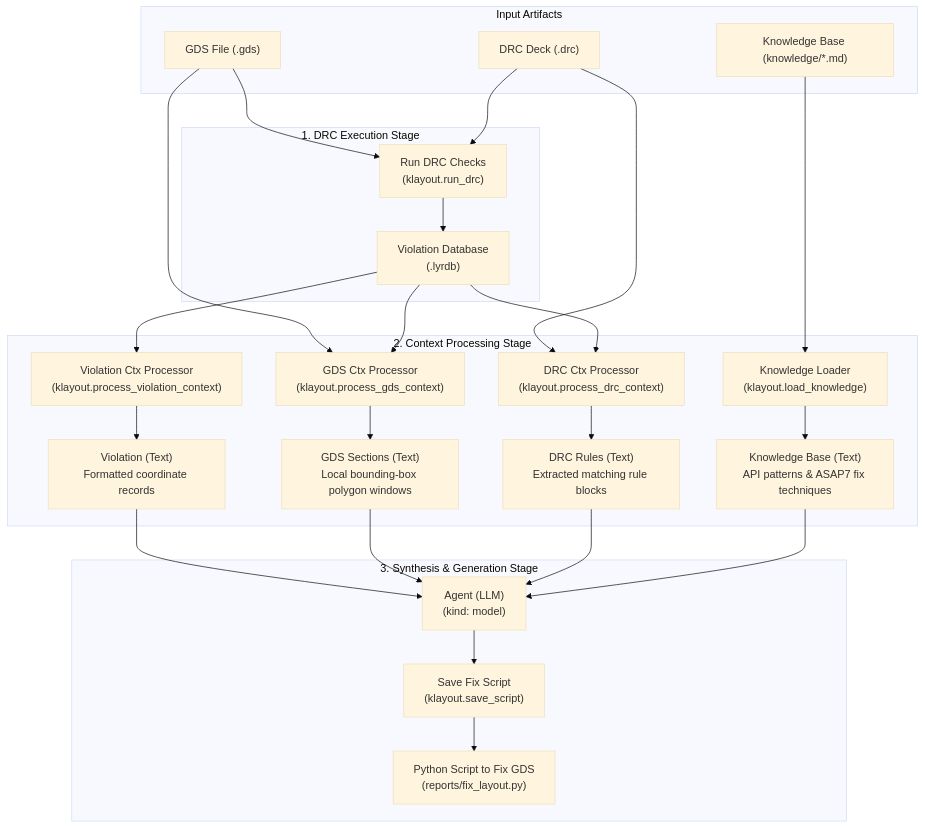
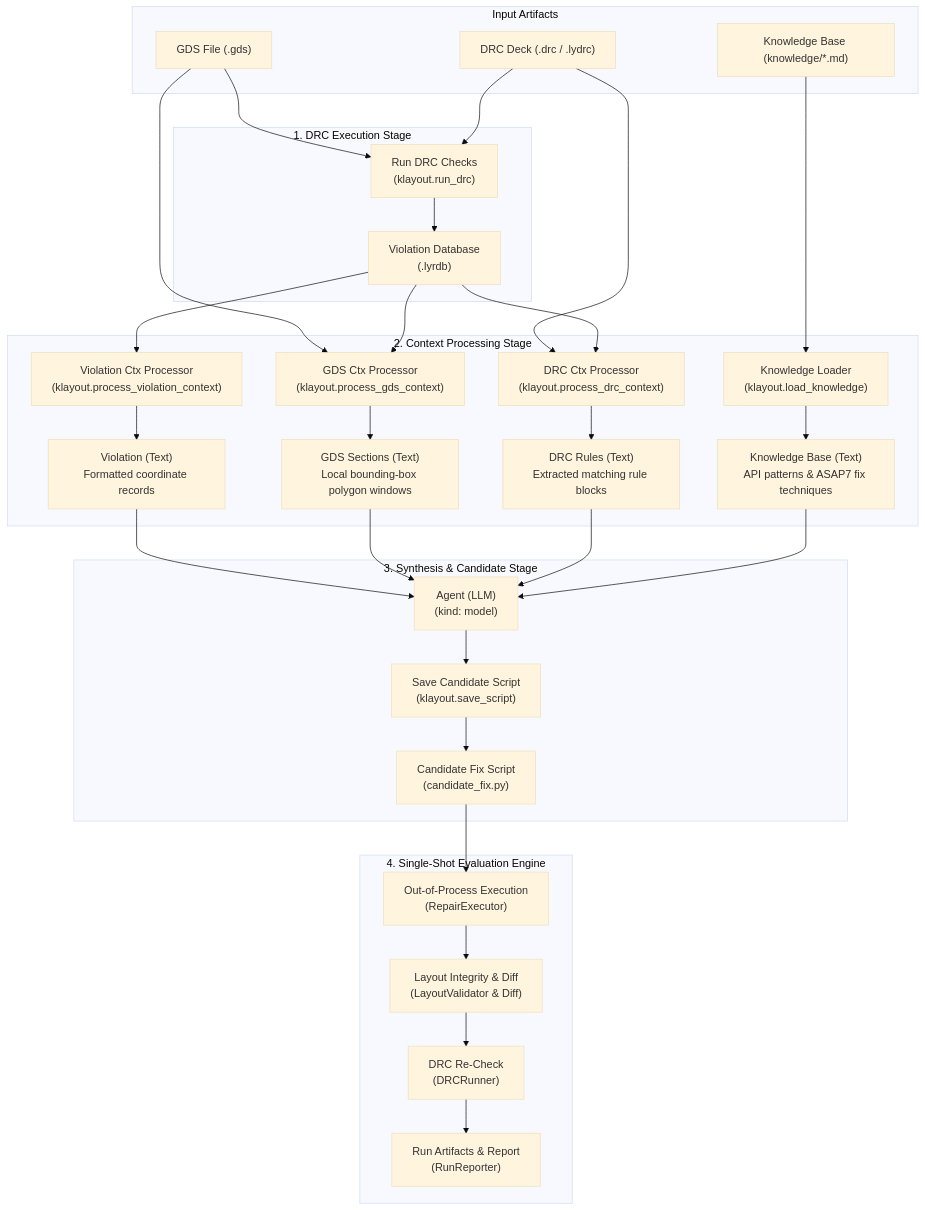
One commit to ankdesh/build-with-terminator changed the diagram in eda/gdsii/klayout-4-drc/README.md. Above: the diagram before and after it, drawn with Mermaid (base theme). The commit also changed other lines of this file and 51 other files, not shown here.

````diff
--- a/eda/gdsii/klayout-4-drc/README.md
+++ b/eda/gdsii/klayout-4-drc/README.md
@@ -9,58 +9,70 @@
 ```mermaid
 flowchart TD
     subgraph Inputs ["Input Artifacts"]
         GDS["GDS File (.gds)"]
-        DRC["DRC Deck (.drc)"]
+        DRC["DRC Deck (.drc / .lydrc)"]
         KB_DIR["Knowledge Base (knowledge/*.md)"]
     end
 
     subgraph Node1 ["1. DRC Execution Stage"]
         RUN_DRC["Run DRC Checks<br/>(klayout.run_drc)"]
         LYRDB["Violation Database<br/>(.lyrdb)"]
     end
 
     subgraph Node2 ["2. Context Processing Stage"]
         VIOL_CTX["Violation Ctx Processor<br/>(klayout.process_violation_context)"]
         GDS_CTX["GDS Ctx Processor<br/>(klayout.process_gds_context)"]
         DRC_CTX["DRC Ctx Processor<br/>(klayout.process_drc_context)"]
         KB_LOAD["Knowledge Loader<br/>(klayout.load_knowledge)"]
 
         VIOL_TXT["Violation (Text)<br/>Formatted coordinate records"]
         GDS_SECT["GDS Sections (Text)<br/>Local bounding-box polygon windows"]
         DRC_RULES["DRC Rules (Text)<br/>Extracted matching rule blocks"]
         KB_TEXT["Knowledge Base (Text)<br/>API patterns & ASAP7 fix techniques"]
     end
 
-    subgraph Node3 ["3. Synthesis & Generation Stage"]
+    subgraph Node3 ["3. Synthesis & Candidate Stage"]
         AGENT["Agent (LLM)<br/>(kind: model)"]
-        SAVE_NODE["Save Fix Script<br/>(klayout.save_script)"]
-        FIX_SCRIPT["Python Script to Fix GDS<br/>(reports/fix_layout.py)"]
+        SAVE_NODE["Save Candidate Script<br/>(klayout.save_script)"]
+        CANDIDATE["Candidate Fix Script<br/>(candidate_fix.py)"]
+    end
+
+    subgraph Node4 ["4. Single-Shot Evaluation Engine"]
+        APPLY["Out-of-Process Execution<br/>(RepairExecutor)"]
+        VALIDATE["Layout Integrity & Diff<br/>(LayoutValidator & Diff)"]
+        RECHECK["DRC Re-Check<br/>(DRCRunner)"]
+        REPORT["Run Artifacts & Report<br/>(RunReporter)"]
     end
 
     %% Flow connections
     GDS --> RUN_DRC
     DRC --> RUN_DRC
     RUN_DRC --> LYRDB
 
     LYRDB --> VIOL_CTX
     VIOL_CTX --> VIOL_TXT
 
     GDS --> GDS_CTX
     LYRDB --> GDS_CTX
     GDS_CTX --> GDS_SECT
 
     DRC --> DRC_CTX
     LYRDB --> DRC_CTX
     DRC_CTX --> DRC_RULES
 
     KB_DIR --> KB_LOAD
     KB_LOAD --> KB_TEXT
 
     VIOL_TXT --> AGENT
     GDS_SECT --> AGENT
     DRC_RULES --> AGENT
     KB_TEXT --> AGENT
 
     AGENT --> SAVE_NODE
-    SAVE_NODE --> FIX_SCRIPT
+    SAVE_NODE --> CANDIDATE
+
+    CANDIDATE --> APPLY
+    APPLY --> VALIDATE
+    VALIDATE --> RECHECK
+    RECHECK --> REPORT
 ```
````
